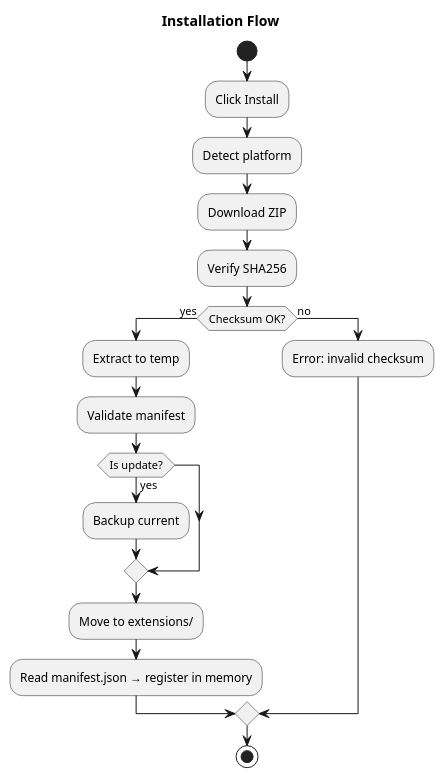
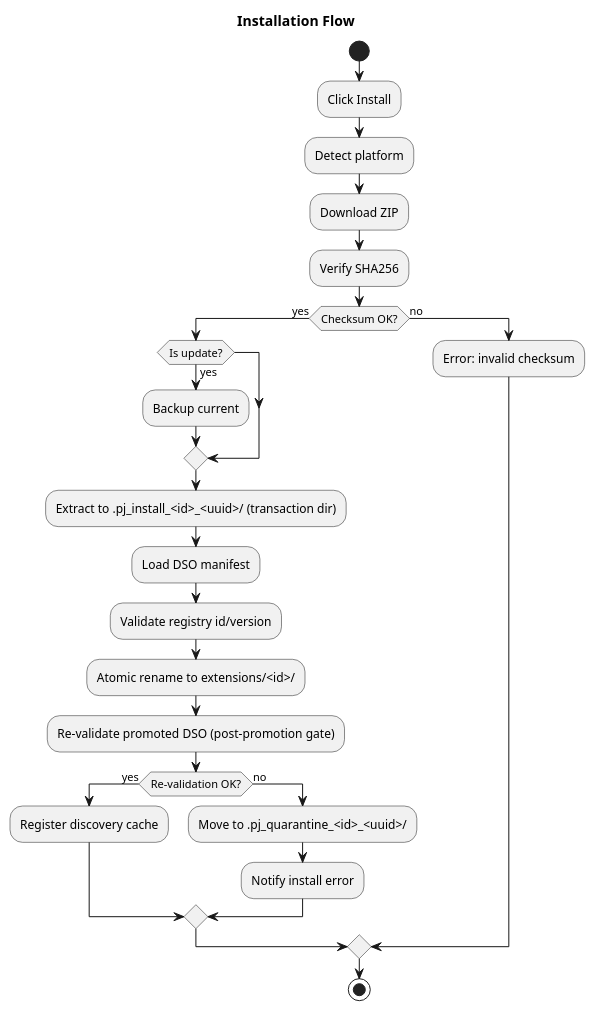
One commit to PlotJuggler/plotjuggler_sdk changed the second of 4 diagrams in pj_marketplace/documentation/ARCHITECTURE.md. Above: the diagram before and after it, drawn with PlantUML. The commit also changed other lines of this file and 81 other files, not shown here.

````diff
--- a/pj_marketplace/documentation/ARCHITECTURE.md
+++ b/pj_marketplace/documentation/ARCHITECTURE.md
@@ -224,24 +246,31 @@
 ```plantuml
 @startuml
 skinparam backgroundColor white
 title Installation Flow
 
 start
 :Click Install;
 :Detect platform;
 :Download ZIP;
 :Verify SHA256;
 if (Checksum OK?) then (yes)
-  :Extract to temp;
-  :Validate manifest;
   if (Is update?) then (yes)
     :Backup current;
   endif
-  :Move to extensions/;
-  :Read manifest.json → register in memory;
+  :Extract to .pj_install_<id>_<uuid>/ (transaction dir);
+  :Load DSO manifest;
+  :Validate registry id/version;
+  :Atomic rename to extensions/<id>/;
+  :Re-validate promoted DSO (post-promotion gate);
+  if (Re-validation OK?) then (yes)
+    :Register discovery cache;
+  else (no)
+    :Move to .pj_quarantine_<id>_<uuid>/;
+    :Notify install error;
+  endif
 else (no)
   :Error: invalid checksum;
 endif
 stop
 @enduml
 ```
````
